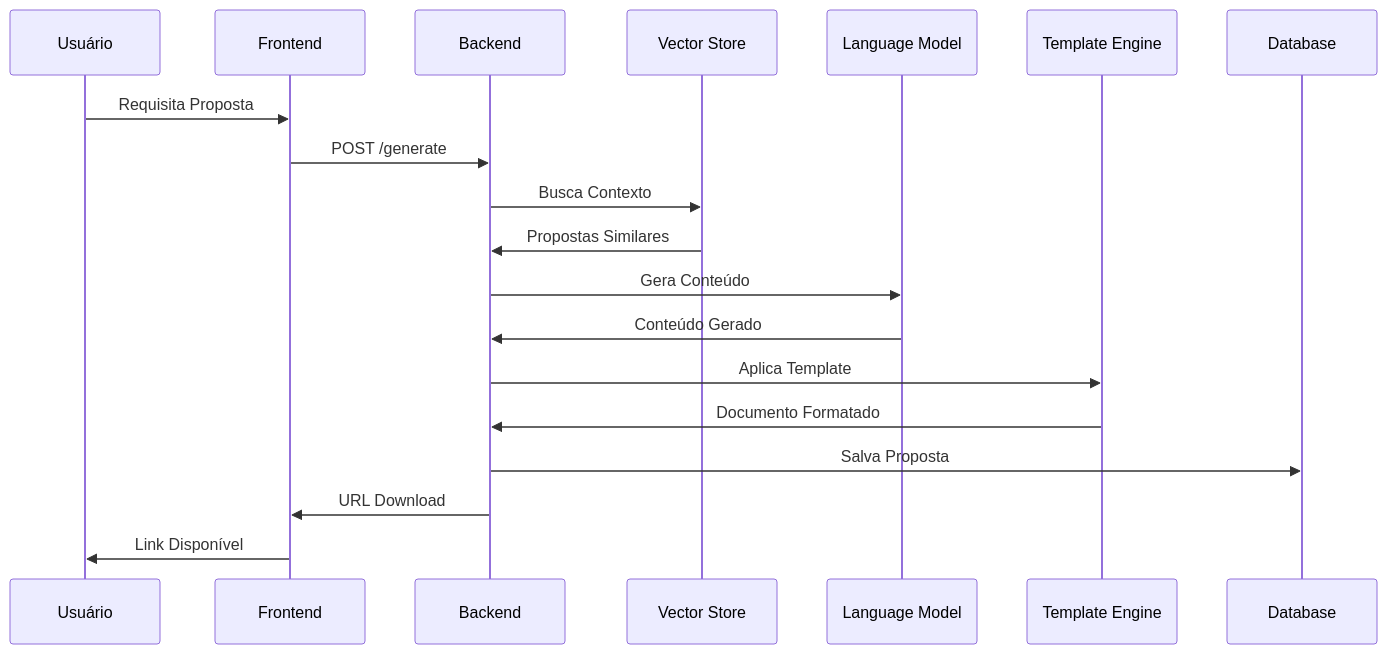
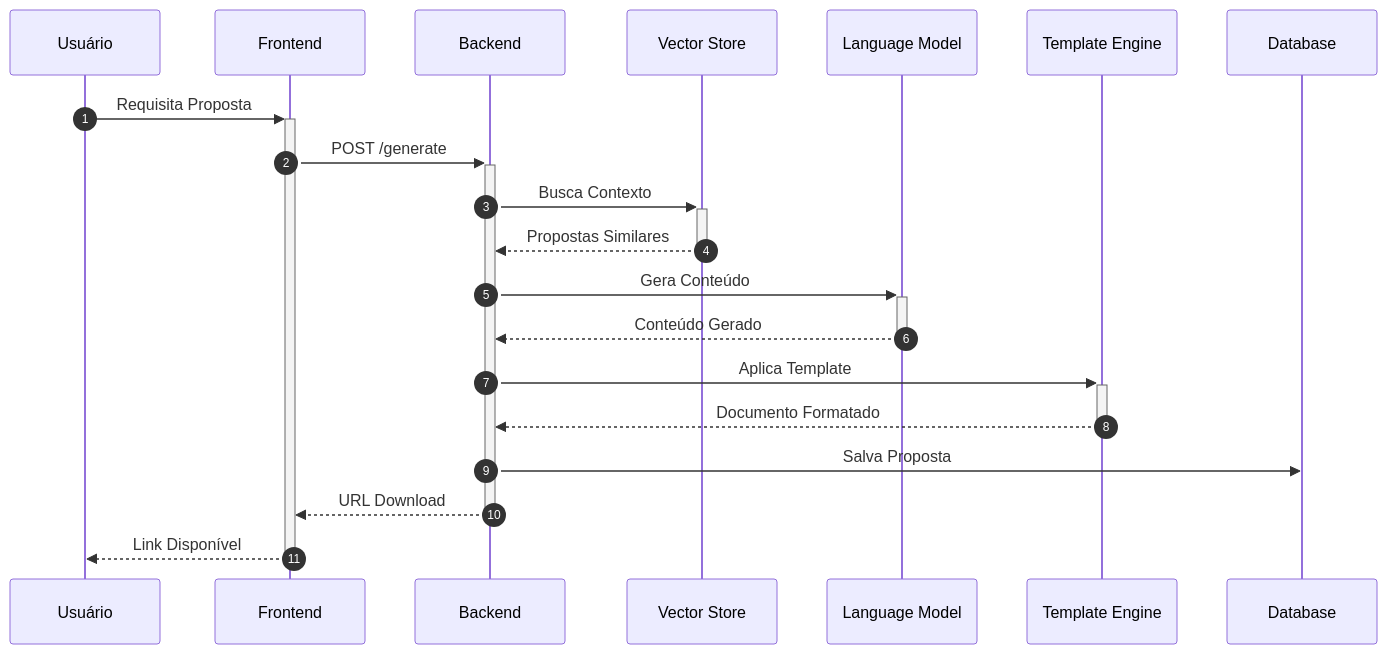
The second of 3 diagrams in doc/system_operation.md (thespamer/propos4l), drawn with Mermaid before and after one commit. The commit also changed other lines of this file and 37 other files, not shown here.

````diff
--- a/doc/system_operation.md
+++ b/doc/system_operation.md
@@ -75,22 +83,23 @@
 ```mermaid
 sequenceDiagram
+    autonumber
     participant U as Usuário
     participant FE as Frontend
     participant BE as Backend
     participant VS as Vector Store
     participant LLM as Language Model
     participant T as Template Engine
     participant DB as Database
 
-    U->>FE: Requisita Proposta
-    FE->>BE: POST /generate
-    BE->>VS: Busca Contexto
-    VS->>BE: Propostas Similares
-    BE->>LLM: Gera Conteúdo
-    LLM->>BE: Conteúdo Gerado
-    BE->>T: Aplica Template
-    T->>BE: Documento Formatado
+    U->>+FE: Requisita Proposta
+    FE->>+BE: POST /generate
+    BE->>+VS: Busca Contexto
+    VS-->>-BE: Propostas Similares
+    BE->>+LLM: Gera Conteúdo
+    LLM-->>-BE: Conteúdo Gerado
+    BE->>+T: Aplica Template
+    T-->>-BE: Documento Formatado
     BE->>DB: Salva Proposta
-    BE->>FE: URL Download
-    FE->>U: Link Disponível
+    BE-->>-FE: URL Download
+    FE-->>-U: Link Disponível
 ```
````
